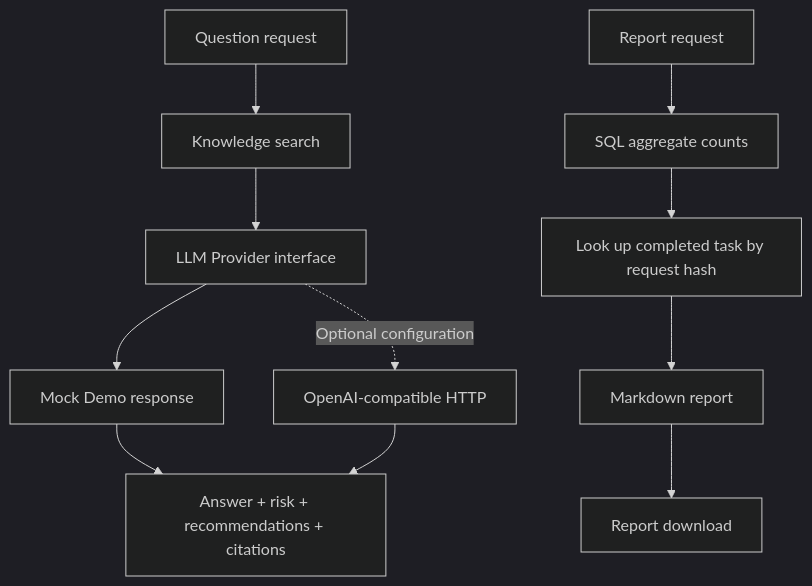
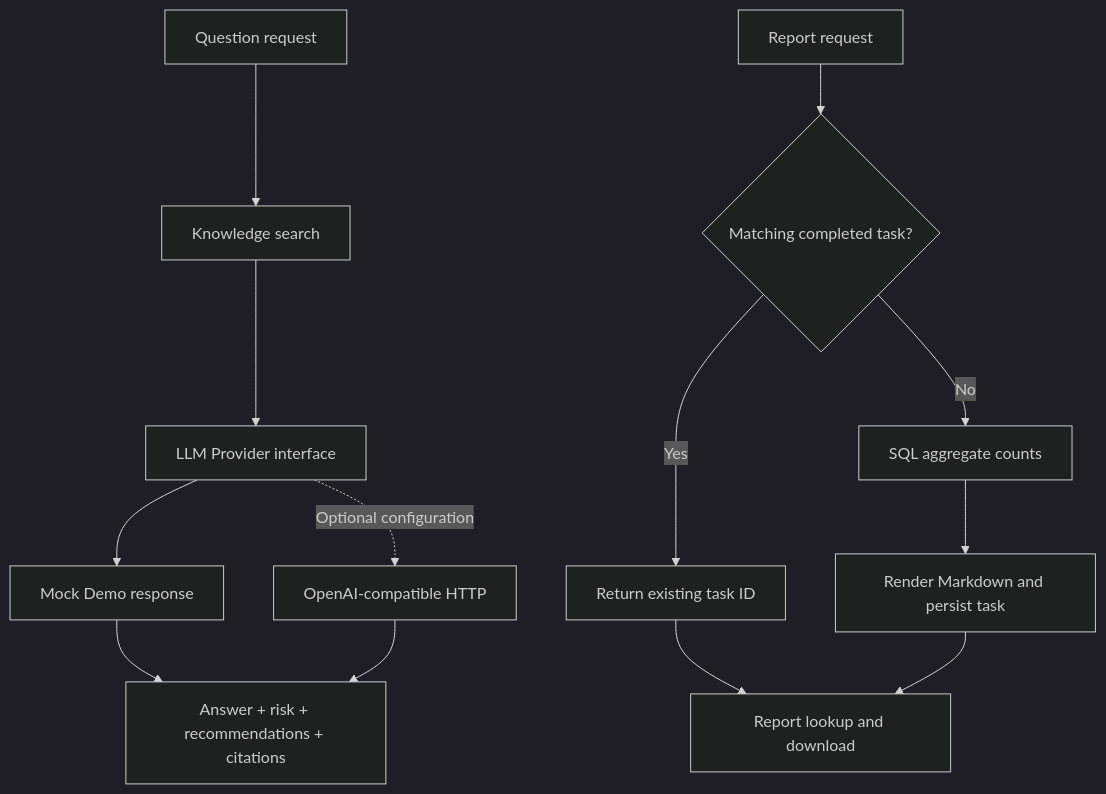
The third of 3 diagrams in docs/flows.md (Kailovek/ai-hospital-operations-platform), drawn with Mermaid (dark theme) before and after one commit. The commit also changed 4 other files, not shown here.

Commit message:
docs: align device operations and report flow with source

````diff
--- a/docs/flows.md
+++ b/docs/flows.md
@@ -35,13 +35,15 @@
 ```mermaid
 flowchart TD
     Q[Question request] --> Search[Knowledge search]
     Search --> Provider[LLM Provider interface]
     Provider --> Mock[Mock Demo response]
     Provider -. Optional configuration .-> HTTP[OpenAI-compatible HTTP]
     Mock --> Answer[Answer + risk + recommendations + citations]
     HTTP --> Answer
-    R[Report request] --> Stats[SQL aggregate counts]
-    Stats --> Reuse[Look up completed task by request hash]
-    Reuse --> Render[Markdown report]
-    Render --> Download[Report download]
+    R[Report request] --> Reuse{Matching completed task?}
+    Reuse -->|Yes| Existing[Return existing task ID]
+    Reuse -->|No| Stats[SQL aggregate counts]
+    Stats --> Render[Render Markdown and persist task]
+    Existing --> Download[Report lookup and download]
+    Render --> Download
 ```
````
